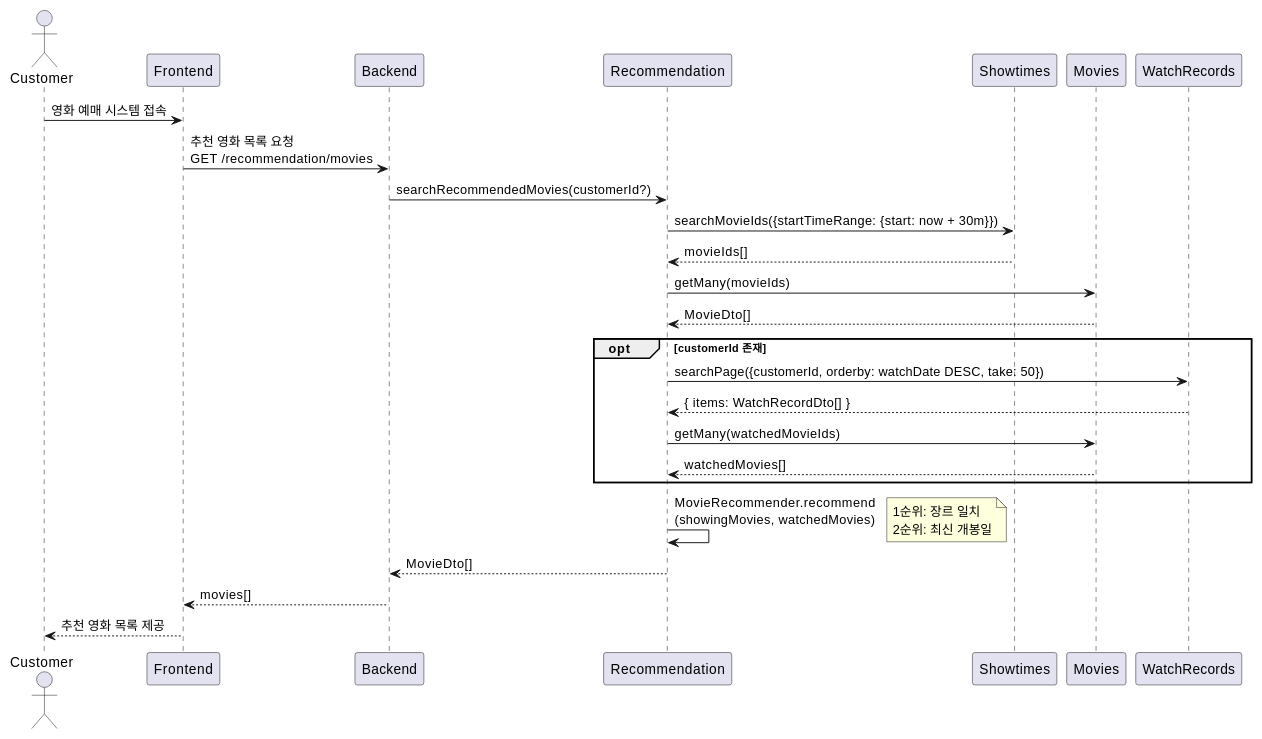
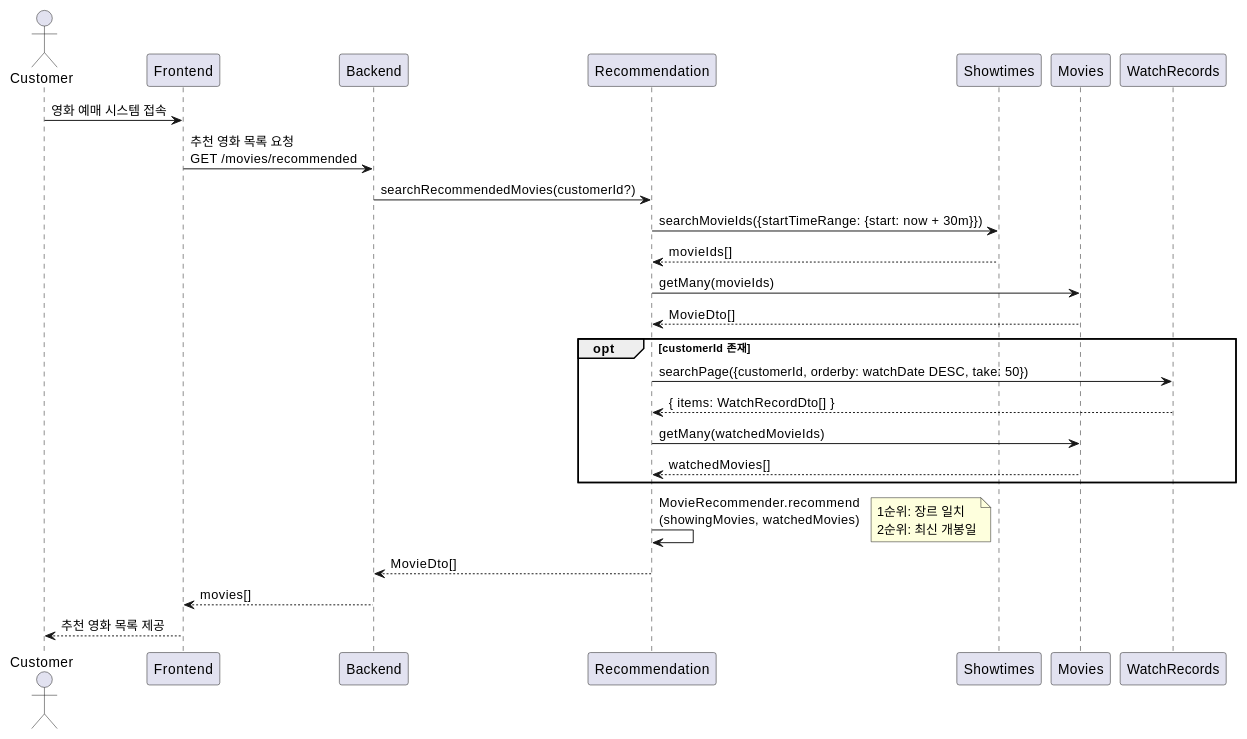
Before and after one commit to mannercode/nest-seed: the first of 5 diagrams in docs/designs/tickets-purchase.md, drawn with PlantUML. The commit also changed other lines of this file and 4 other files, not shown here.

````diff
--- a/docs/designs/tickets-purchase.md
+++ b/docs/designs/tickets-purchase.md
@@ -47,27 +47,27 @@
 ```plantuml
 @startuml
 actor Customer
 
 Customer -> Frontend: 영화 예매 시스템 접속
-    Frontend -> Backend: 추천 영화 목록 요청\nGET /recommendation/movies
+    Frontend -> Backend: 추천 영화 목록 요청\nGET /movies/recommended
         Backend -> Recommendation: searchRecommendedMovies(customerId?)
             Recommendation -> Showtimes: searchMovieIds({startTimeRange: {start: now + 30m}})
             Recommendation <-- Showtimes: movieIds[]
             Recommendation -> Movies: getMany(movieIds)
             Recommendation <-- Movies: MovieDto[]
             opt customerId 존재
                 Recommendation -> WatchRecords: searchPage({customerId, orderby: watchDate DESC, take: 50})
                 Recommendation <-- WatchRecords: { items: WatchRecordDto[] }
                 Recommendation -> Movies: getMany(watchedMovieIds)
                 Recommendation <-- Movies: watchedMovies[]
             end
             Recommendation -> Recommendation: MovieRecommender.recommend\n(showingMovies, watchedMovies)
             note right
                 1순위: 장르 일치
                 2순위: 최신 개봉일
             end note
         Backend <-- Recommendation: MovieDto[]
     Frontend <-- Backend: movies[]
 Customer <-- Frontend: 추천 영화 목록 제공
 @enduml
 ```
````
